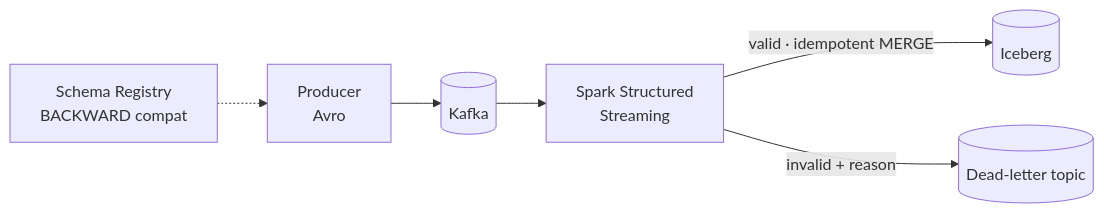
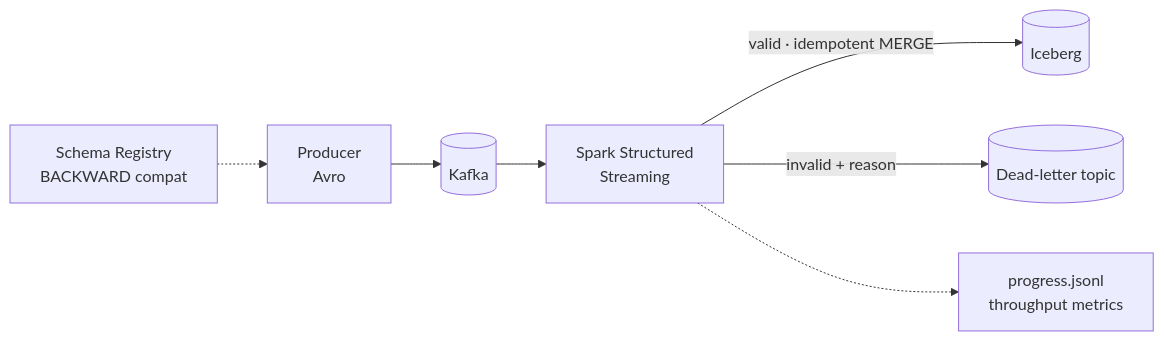
Before and after one commit to rugweshreddygankidi-stack/rugweshreddygankidi-stack: the second of 5 diagrams in README.md, drawn with Mermaid. The commit also changed other lines of this file, not shown here.

````diff
--- a/README.md
+++ b/README.md
@@ -51,8 +107,9 @@
 ```mermaid
 flowchart LR
     P["Producer<br/>Avro"] --> K[("Kafka")]
     SR["Schema Registry<br/>BACKWARD compat"] -.-> P
     K --> S["Spark Structured<br/>Streaming"]
     S -->|valid · idempotent MERGE| I[("Iceberg")]
     S -->|invalid + reason| D[("Dead-letter topic")]
+    S -.-> M["progress.jsonl<br/>throughput metrics"]
 ```
````
